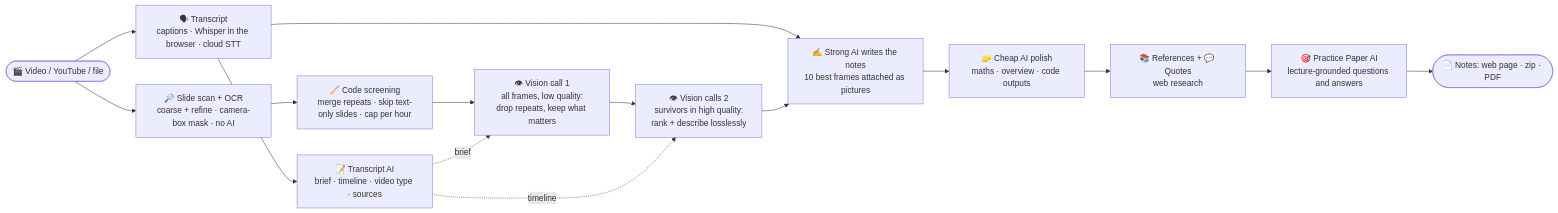
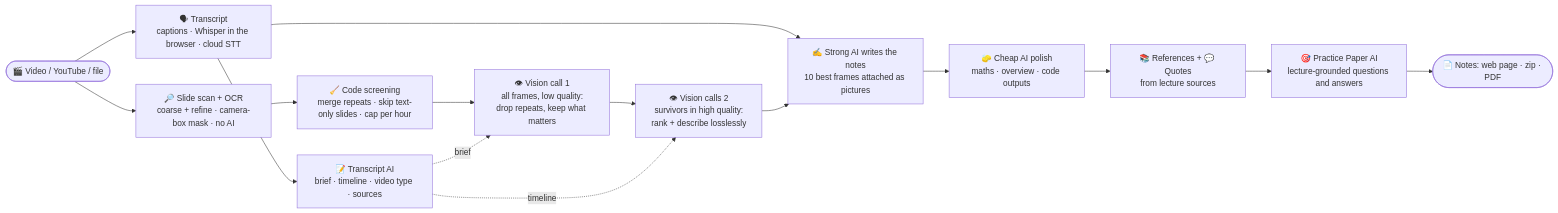
Before and after one commit to pranaychdey20-lab/Vid2Study: the diagram in README.md, drawn with Mermaid. The commit also changed other lines of this file and 56 other files, not shown here.

````diff
--- a/README.md
+++ b/README.md
@@ -47,17 +47,17 @@
 ```mermaid
 flowchart LR
     V([🎬 Video / YouTube / file]) --> T["🗣 Transcript<br/>captions · Whisper in the browser · cloud STT"]
     V --> S["🔎 Slide scan + OCR<br/>coarse + refine · camera-box mask · no AI"]
     S --> CS["🧹 Code screening<br/>merge repeats · skip text-only slides · cap per hour"]
     T --> TA["📝 Transcript AI<br/>brief · timeline · video type · sources"]
     CS --> V1["👁 Vision call 1<br/>all frames, low quality:<br/>drop repeats, keep what matters"]
     TA -. brief .-> V1
     V1 --> V2["👁 Vision calls 2<br/>survivors in high quality:<br/>rank + describe losslessly"]
     TA -. timeline .-> V2
     T --> W
     V2 --> W["✍️ Strong AI writes the notes<br/>10 best frames attached as pictures"]
     W --> P["🧽 Cheap AI polish<br/>maths · overview · code outputs"]
-    P --> R["📚 References + 💬 Quotes<br/>web research"]
+    P --> R["📚 References + 💬 Quotes<br/>from lecture sources"]
     R --> Q["🎯 Practice Paper AI<br/>lecture-grounded questions and answers"]
     Q --> N([📄 Notes: web page · zip · PDF])
 ```
````
